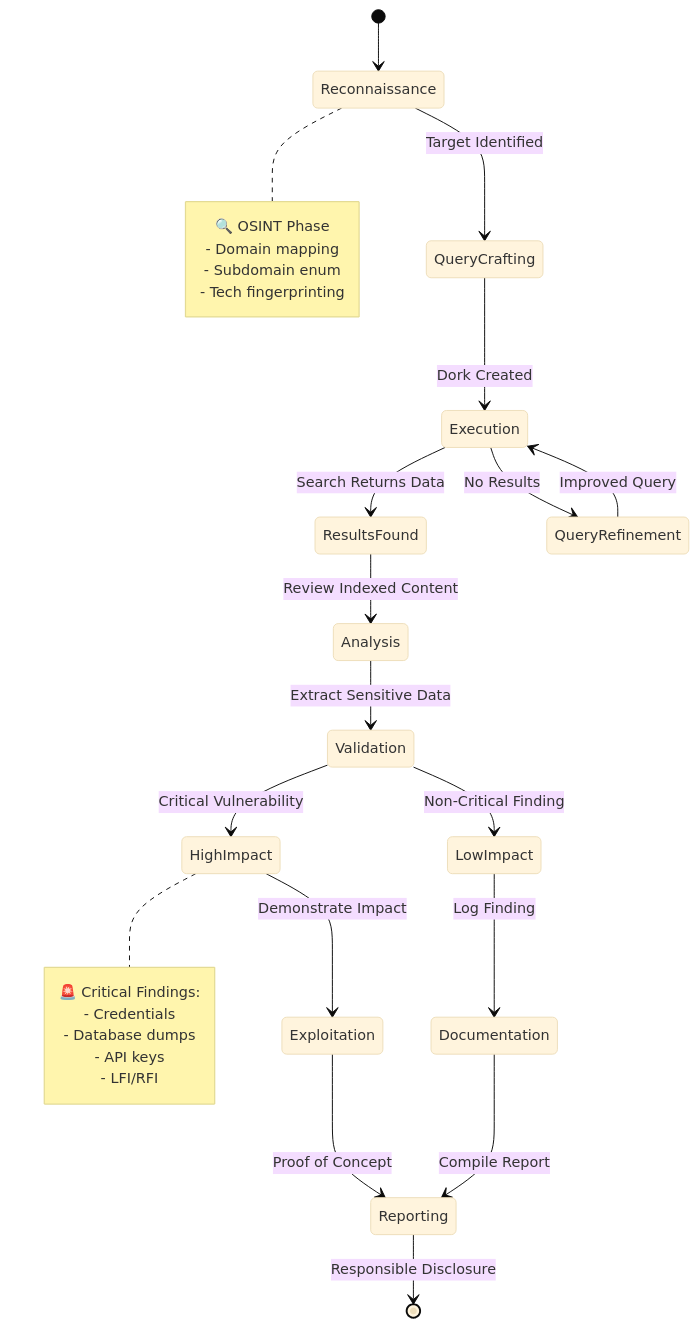
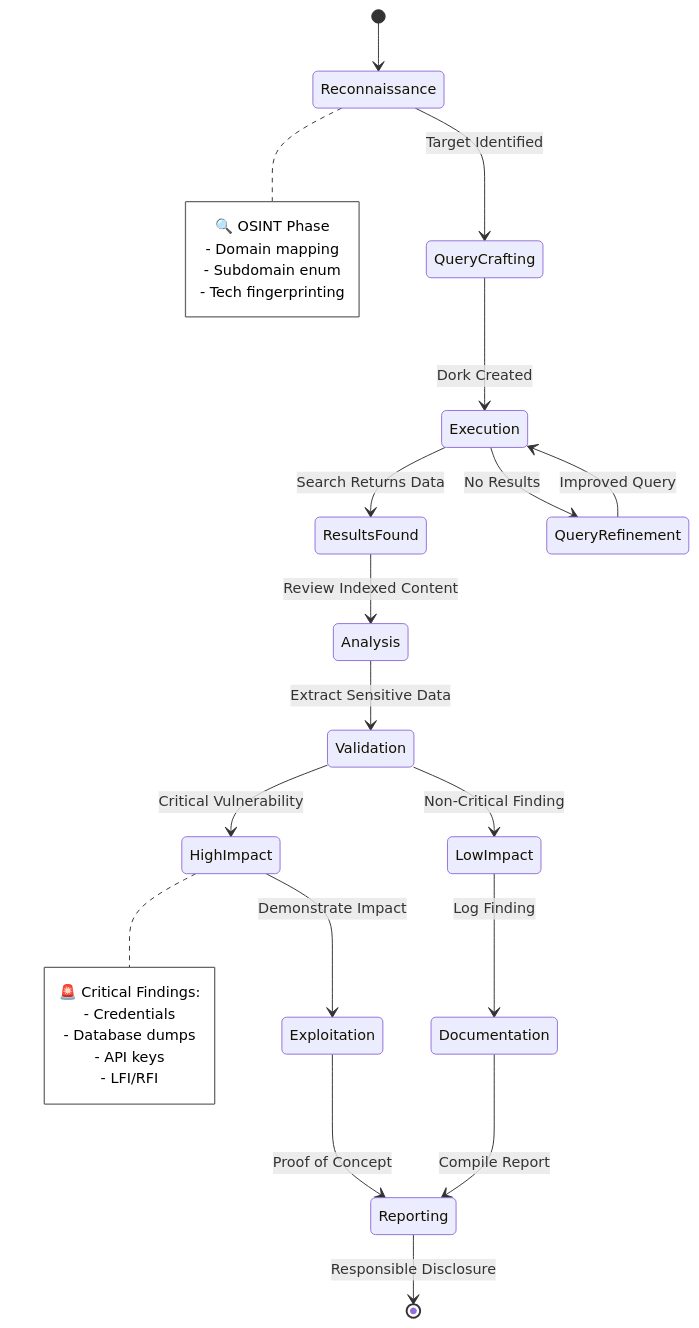
Before and after one commit to mizazhaider-ceh/Web-Security-Google-Dorking: the third of 7 diagrams in README.md, drawn with Mermaid. The commit also changed other lines of this file, not shown here.

````diff
--- a/README.md
+++ b/README.md
@@ -158,41 +158,41 @@
 ```mermaid
-%%{init: {'theme':'base', 'themeVariables': { 'fontSize':'15px', 'fontFamily':'arial'}}}%%
+%%{init: {'theme':'default', 'themeVariables': { 'background':'#ffffff','mainBkg':'#ffffff','secondaryBkg':'#ffffff','tertiaryBkg':'#ffffff','noteBkgColor':'#ffffff','noteBorderColor':'#666','fontSize':'15px', 'fontFamily':'arial'}}}%%
 stateDiagram-v2
     [*] --> Reconnaissance
     
     Reconnaissance --> QueryCrafting: Target Identified
     QueryCrafting --> Execution: Dork Created
     
     Execution --> ResultsFound: Search Returns Data
     Execution --> QueryRefinement: No Results
     QueryRefinement --> Execution: Improved Query
     
     ResultsFound --> Analysis: Review Indexed Content
     Analysis --> Validation: Extract Sensitive Data
     
     Validation --> LowImpact: Non-Critical Finding
     Validation --> HighImpact: Critical Vulnerability
     
     LowImpact --> Documentation: Log Finding
     HighImpact --> Exploitation: Demonstrate Impact
     
     Exploitation --> Reporting: Proof of Concept
     Documentation --> Reporting: Compile Report
     
     Reporting --> [*]: Responsible Disclosure
     
     note right of Reconnaissance
         🔍 OSINT Phase
         - Domain mapping
         - Subdomain enum
         - Tech fingerprinting
     end note
     
     note right of HighImpact
         🚨 Critical Findings:
         - Credentials
         - Database dumps
         - API keys
         - LFI/RFI
     end note
 ```
````
